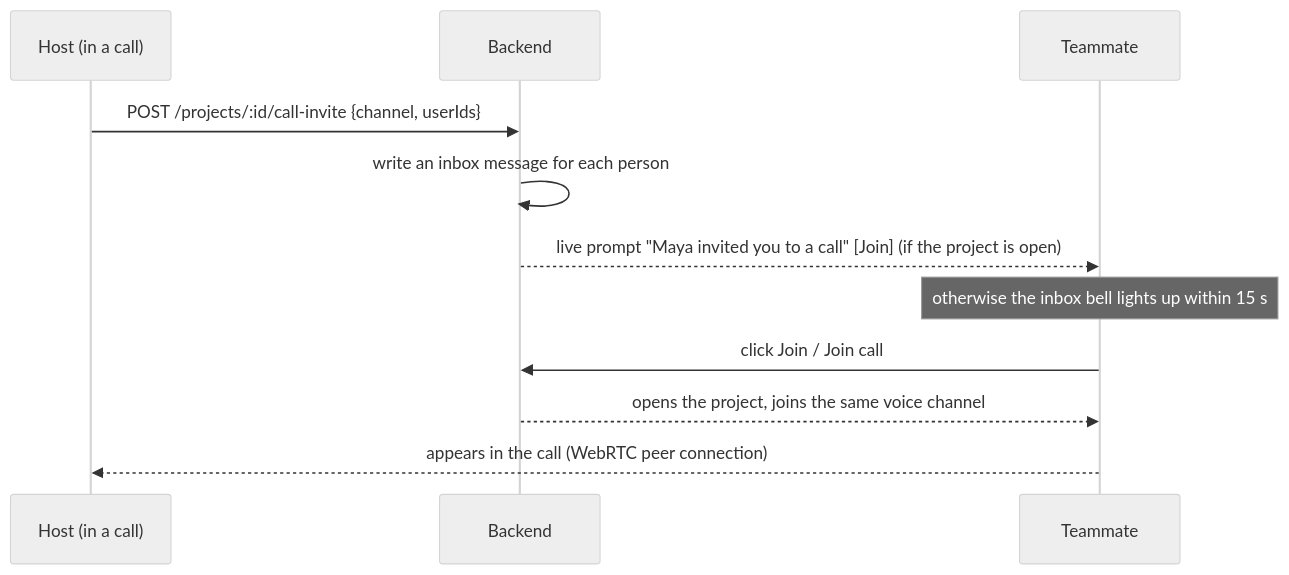
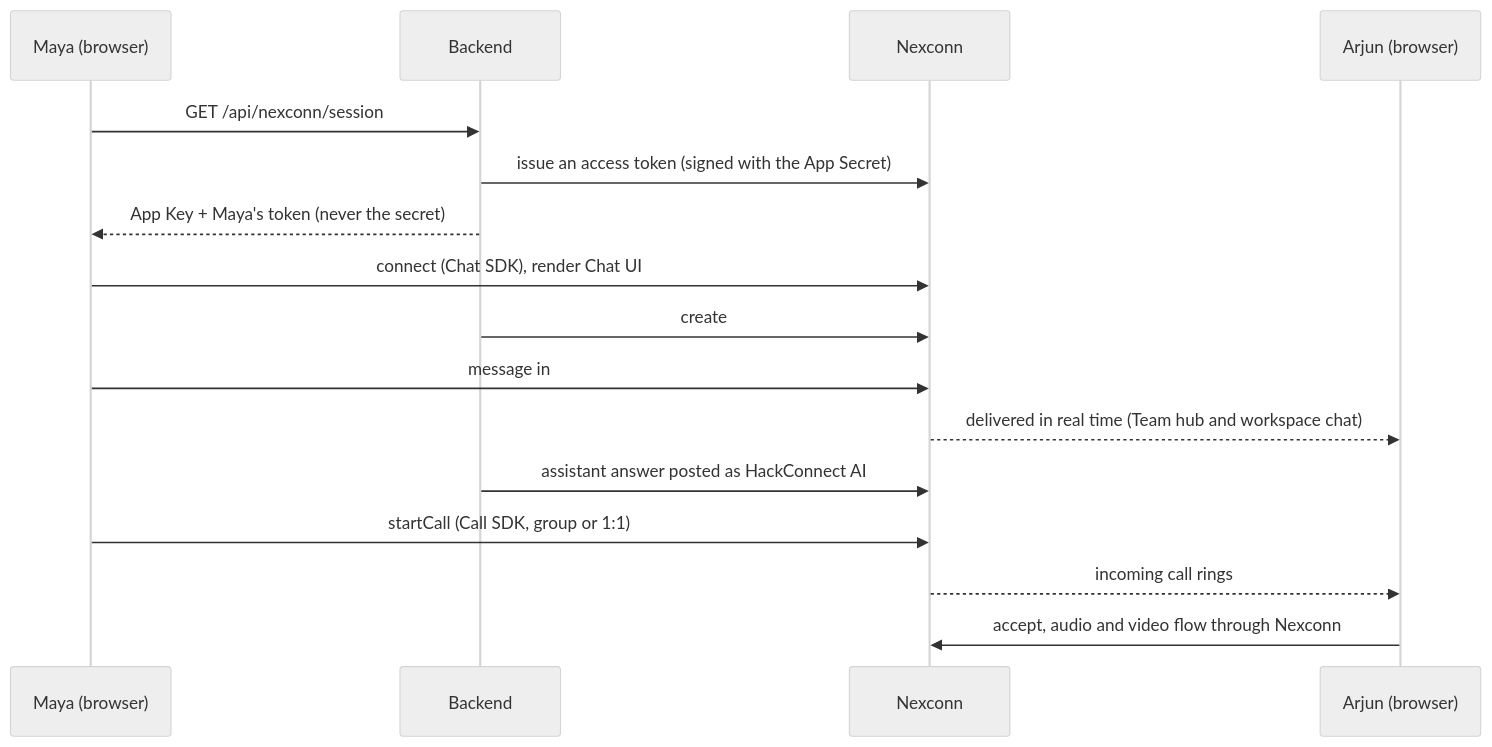
One commit to Piyush5525/Hackconnect changed the fourth of 6 diagrams in README.md. Above: the diagram before and after it, drawn with Mermaid (neutral theme). The commit also changed other lines of this file and 32 other files, not shown here.

Commit message:
Run all messaging and calls on Nexconn: workspace chat on #general, Nexconn Call SDK for 1:1 and group calls

````diff
--- a/README.md
+++ b/README.md
@@ -151,13 +154,18 @@
 ```mermaid
 sequenceDiagram
-  participant H as Host (in a call)
+  participant A as Maya (browser)
   participant S as Backend
-  participant T as Teammate
-  H->>S: POST /projects/:id/call-invite {channel, userIds}
-  S->>S: write an inbox message for each person
-  S-->>T: live prompt "Maya invited you to a call" [Join] (if the project is open)
-  Note over T: otherwise the inbox bell lights up within 15 s
-  T->>S: click Join / Join call
-  S-->>T: opens the project, joins the same voice channel
-  T-->>H: appears in the call (WebRTC peer connection)
+  participant N as Nexconn
+  participant B as Arjun (browser)
+  A->>S: GET /api/nexconn/session
+  S->>N: issue an access token (signed with the App Secret)
+  S-->>A: App Key + Maya's token (never the secret)
+  A->>N: connect (Chat SDK), render Chat UI
+  S->>N: create #general and #handover, keep members = project members
+  A->>N: message in #general (or "/ai ...")
+  N-->>B: delivered in real time (Team hub and workspace chat)
+  S->>N: assistant answer posted as HackConnect AI
+  A->>N: startCall (Call SDK, group or 1:1)
+  N-->>B: incoming call rings
+  B->>N: accept, audio and video flow through Nexconn
 ```
````
